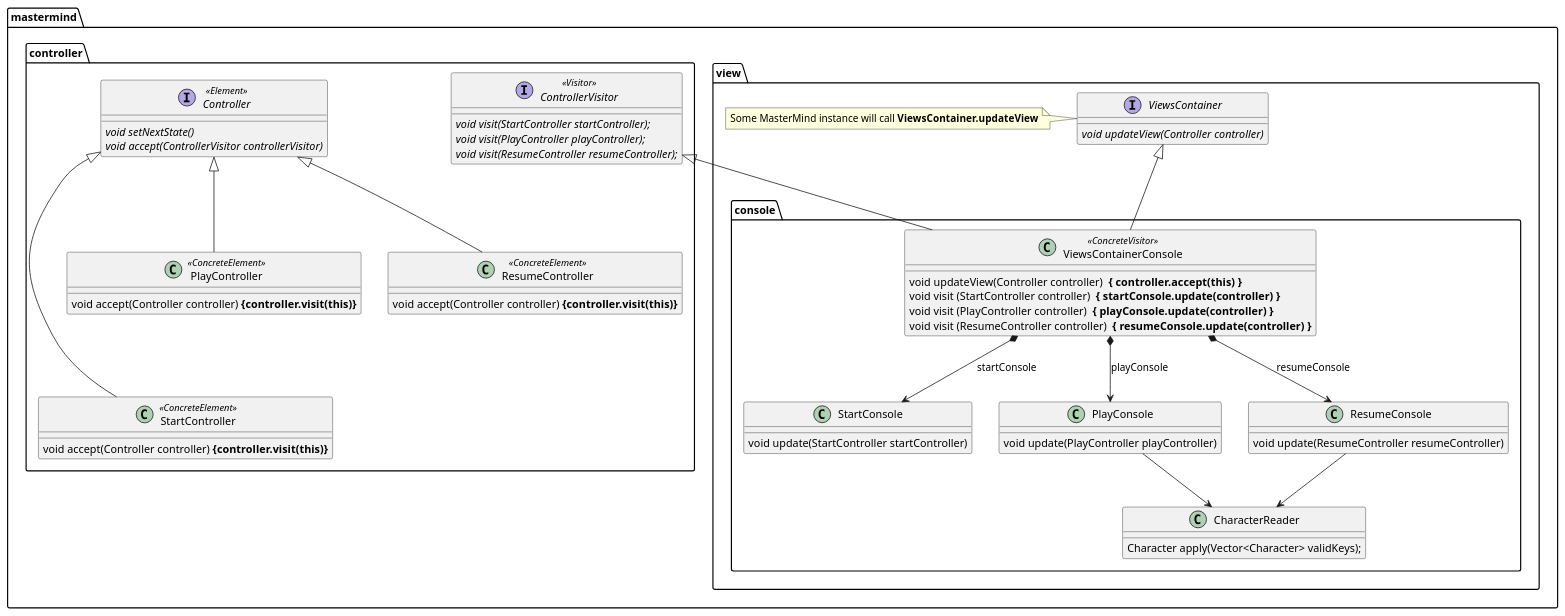
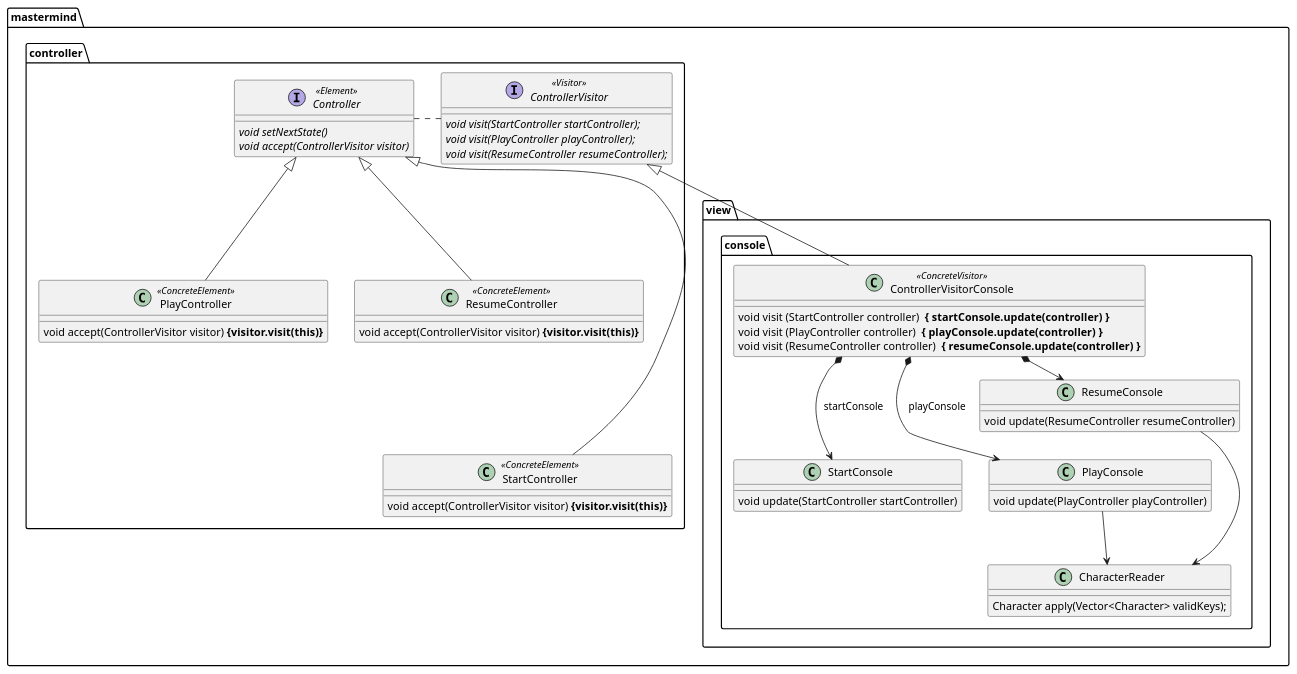
One commit to ciscoruiz/mastermind changed the diagram in doc/mastermind.view.puml. Above: the diagram before and after it, drawn with PlantUML. The commit also changed other lines of this file and 5 other files, not shown here.

Commit message:
Redesign diagrams with views.ViewsContoller

```diff
--- a/doc/mastermind.view.puml
+++ b/doc/mastermind.view.puml
@@ -1,77 +1,69 @@
 @startuml
-
-package mastermind.view {
-   interface ViewsContainer {
-      {abstract} void updateView(Controller controller)
-   }
-note left: Some MasterMind instance will call <b>ViewsContainer.updateView</b>
-}
 
 package mastermind.view.console {
    class CharacterReader {
        Character apply(Vector<Character> validKeys);
    }
 
-   class ViewsContainerConsole <<ConcreteVisitor>> {
-       void updateView(Controller controller) <b> { controller.accept(this) }</b>
+   class ControllerVisitorConsole <<ConcreteVisitor>> {
        void visit (StartController controller) <b> { startConsole.update(controller) }</b>
        void visit (PlayController controller) <b> { playConsole.update(controller) }</b>
        void visit (ResumeController controller) <b> { resumeConsole.update(controller) }</b>
    }
 
    class StartConsole {
        void update(StartController startController)
    }
    class PlayConsole {
        void update(PlayController playController)
    }
    class ResumeConsole {
        void update(ResumeController resumeController)
    }
+
+   ControllerVisitorConsole *--> StartConsole : startConsole
+   ControllerVisitorConsole *--> PlayConsole : playConsole
+   ControllerVisitorConsole *-> ResumeConsole : resumeConsole
+
+   PlayConsole --> CharacterReader
+   ResumeConsole --> CharacterReader
 }
 
 package mastermind.controller {
    interface Controller <<Element>>{
       {abstract} void setNextState()
-      {abstract} void accept(ControllerVisitor controllerVisitor)
+      {abstract} void accept(ControllerVisitor visitor)
    }
 
    interface StartController <<ConcreteElement>>
    interface PlayController <<ConcreteElement>>
    interface ResumeController <<ConcreteElement>>
 
    Controller <|--- StartController
    Controller <|-- PlayController
    Controller <|-- ResumeController
 
    class StartController {
-      void accept(Controller controller) <b>{controller.visit(this)}</b>
+      void accept(ControllerVisitor visitor) <b>{visitor.visit(this)}</b>
    }
 
    class PlayController {
-      void accept(Controller controller) <b>{controller.visit(this)}</b>
+      void accept(ControllerVisitor visitor) <b>{visitor.visit(this)}</b>
    }
 
    class ResumeController {
-      void accept(Controller controller) <b>{controller.visit(this)}</b>
+      void accept(ControllerVisitor visitor) <b>{visitor.visit(this)}</b>
    }
 
    interface ControllerVisitor <<Visitor>> {
       {abstract} void visit(StartController startController);
       {abstract} void visit(PlayController playController);
       {abstract} void visit(ResumeController resumeController);
    }
+
+   Controller .left. ControllerVisitor
 }
 
-
-ViewsContainer <|-- ViewsContainerConsole
-ControllerVisitor <|-- ViewsContainerConsole
-
-ViewsContainerConsole *--> StartConsole : startConsole
-ViewsContainerConsole *--> PlayConsole : playConsole
-ViewsContainerConsole *--> ResumeConsole : resumeConsole
-
-PlayConsole --> CharacterReader
-ResumeConsole --> CharacterReader
+ControllerVisitor <|-- ControllerVisitorConsole
 
 @enduml
```
